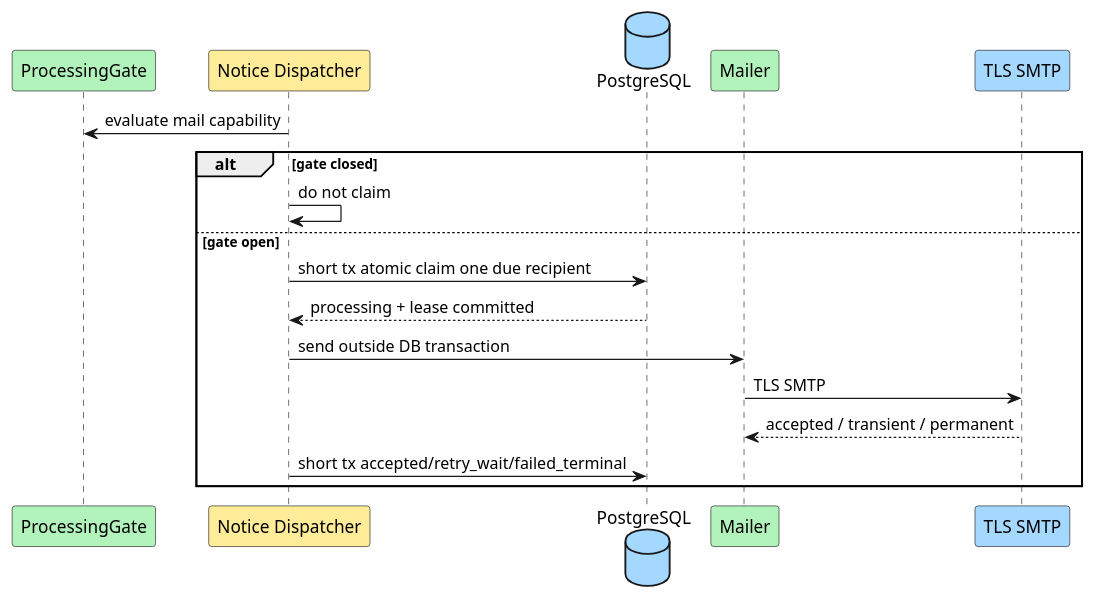
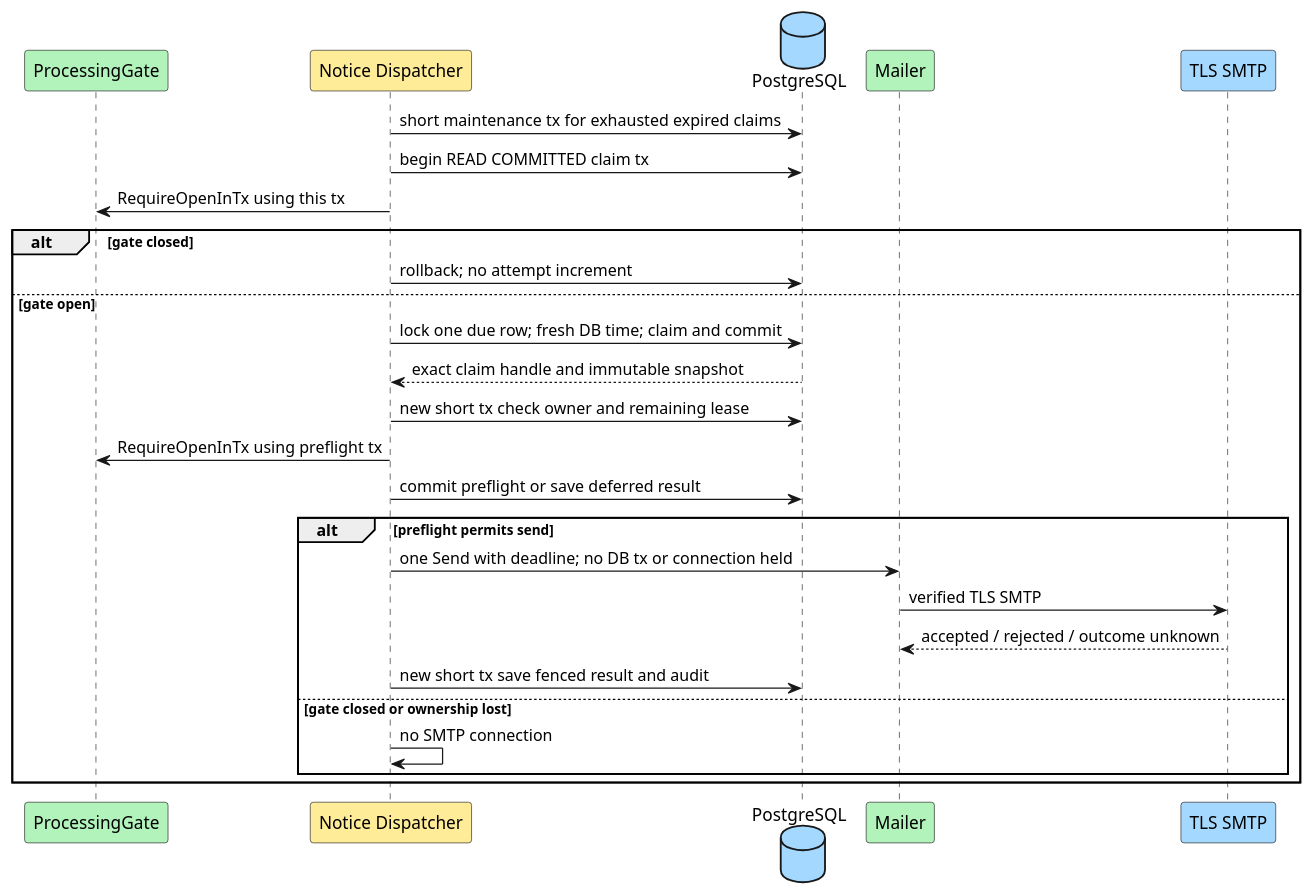
One commit to jianghua-hub-ai/han changed diagram 23 of 28 in .add/project/knowledge/design-workspace/article-management/design.md. Above: the diagram before and after it, drawn with PlantUML. The commit also changed other lines of this file and 26 other files, not shown here.

````diff
--- a/.add/project/knowledge/design-workspace/article-management/design.md
+++ b/.add/project/knowledge/design-workspace/article-management/design.md
@@ -1458,22 +1779,31 @@
 ```plantuml
 @startuml
 skinparam shadowing false
 skinparam defaultFontName "Microsoft YaHei"
 participant "ProcessingGate" as gate #b2f2bb
 participant "Notice Dispatcher" as d #ffec99
 database "PostgreSQL" as db #a5d8ff
 participant "Mailer" as m #b2f2bb
 participant "TLS SMTP" as smtp #a5d8ff
-d -> gate : evaluate mail capability
+d -> db : short maintenance tx for exhausted expired claims
+d -> db : begin READ COMMITTED claim tx
+d -> gate : RequireOpenInTx using this tx
 alt gate closed
-  d -> d : do not claim
+  d -> db : rollback; no attempt increment
 else gate open
-  d -> db : short tx atomic claim one due recipient
-  db --> d : processing + lease committed
-  d -> m : send outside DB transaction
-  m -> smtp : TLS SMTP
-  smtp --> m : accepted / transient / permanent
-  d -> db : short tx accepted/retry_wait/failed_terminal
+  d -> db : lock one due row; fresh DB time; claim and commit
+  db --> d : exact claim handle and immutable snapshot
+  d -> db : new short tx check owner and remaining lease
+  d -> gate : RequireOpenInTx using preflight tx
+  d -> db : commit preflight or save deferred result
+  alt preflight permits send
+    d -> m : one Send with deadline; no DB tx or connection held
+    m -> smtp : verified TLS SMTP
+    smtp --> m : accepted / rejected / outcome unknown
+    d -> db : new short tx save fenced result and audit
+  else gate closed or ownership lost
+    d -> d : no SMTP connection
+  end
 end
 @enduml
 ```
````
